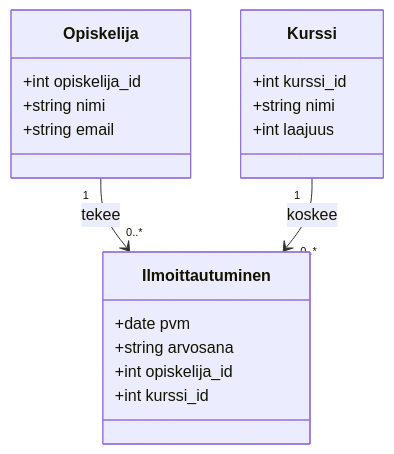
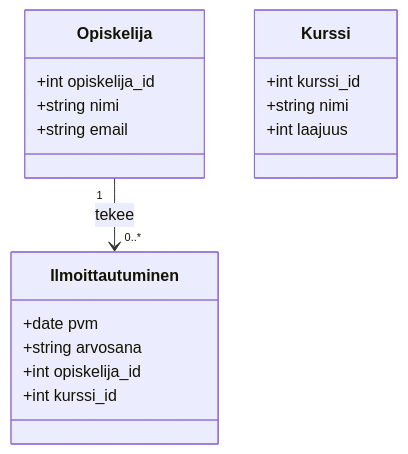
Before and after one commit to tuo-vamk/Diagrams2: the third of 4 diagrams in README.md, drawn with Mermaid. The commit also changed other lines of this file, not shown here.

````diff
--- a/README.md
+++ b/README.md
@@ -36,22 +36,21 @@
 ```mermaid
 classDiagram
 class Opiskelija {
   +int opiskelija_id
   +string nimi
   +string email
 }
 class Kurssi {
   +int kurssi_id
   +string nimi
   +int laajuus
 }
 class Ilmoittautuminen {
   +date pvm
   +string arvosana
   +int opiskelija_id
   +int kurssi_id
 }
 
 Opiskelija "1" --> "0..*" Ilmoittautuminen : tekee
-Kurssi     "1" --> "0..*" Ilmoittautuminen : koskee
 ```
````
